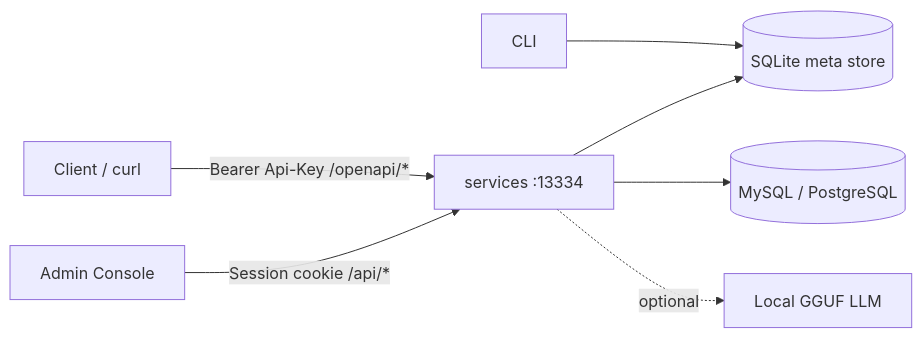
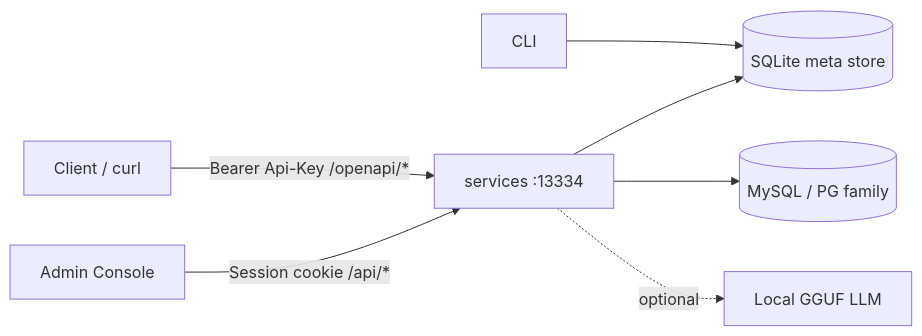
Before and after one commit to AxiosLeo/sql2api: the diagram in README.md, drawn with Mermaid. The commit also changed other lines of this file and 20 other files, not shown here.

````diff
--- a/README.md
+++ b/README.md
@@ -35,17 +35,17 @@
 ```mermaid
 flowchart LR
   Client[Client / curl]
   Admin[Admin Console]
   CLI[CLI]
   API[services :13334]
   Meta[(SQLite meta store)]
-  DB[(MySQL / PostgreSQL)]
+  DB[(MySQL / PG family)]
   LLM[Local GGUF LLM]
 
   Client -->|"Bearer Api-Key /openapi/*"| API
   Admin -->|"Session cookie /api/*"| API
   CLI --> Meta
   API --> Meta
   API --> DB
   API -.->|optional| LLM
 ```
````
